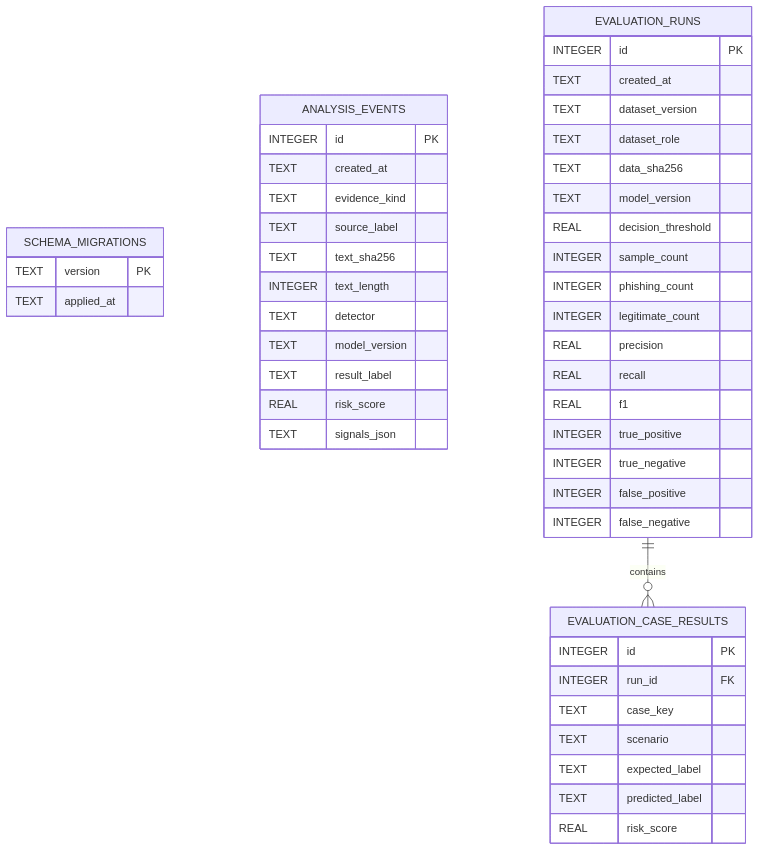
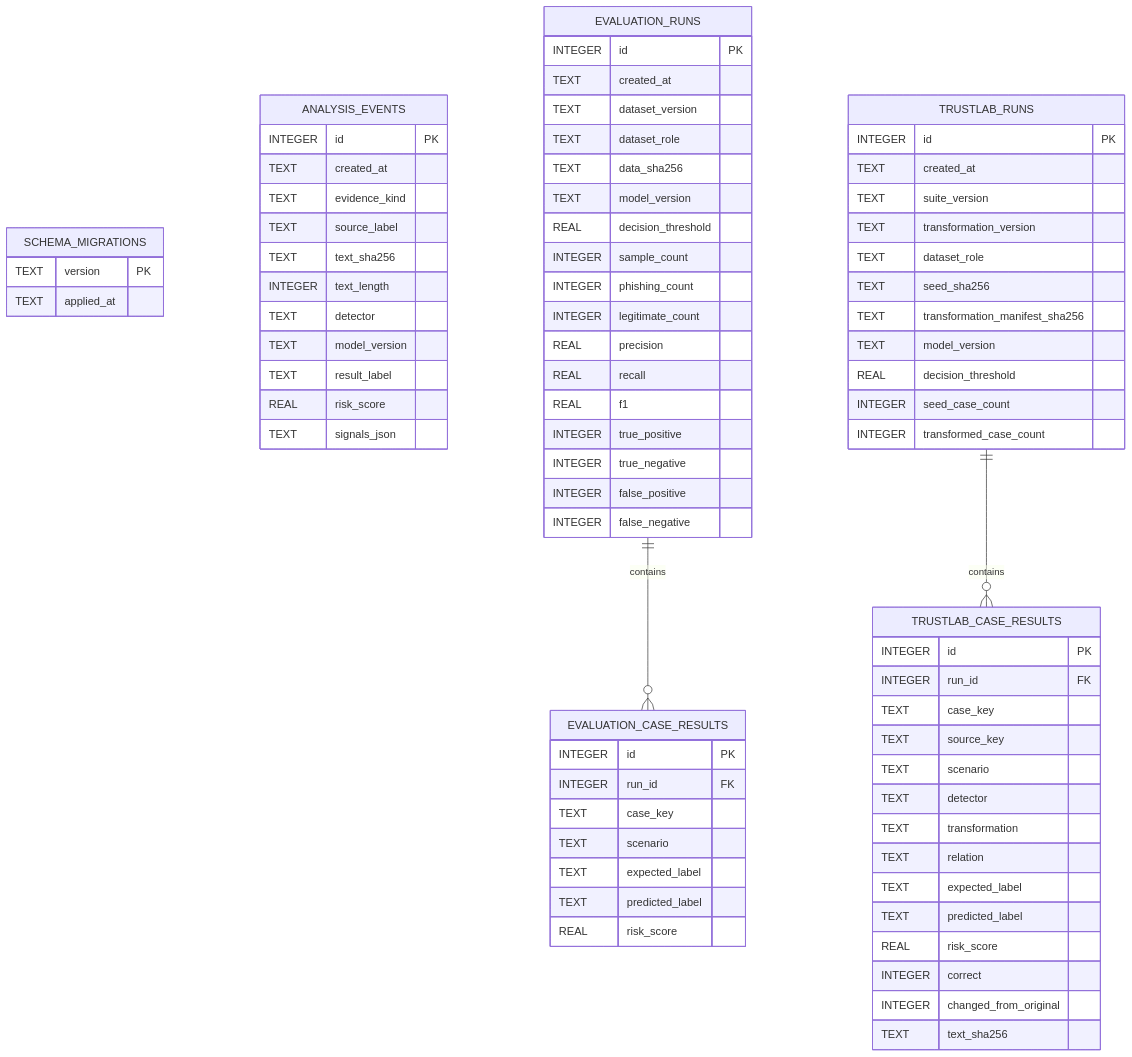
Before and after one commit to ositamichael/Production-project-final-year: the diagram in docs/data_model.md, drawn with Mermaid. The commit also changed other lines of this file and 13 other files, not shown here.

````diff
--- a/docs/data_model.md
+++ b/docs/data_model.md
@@ -59,5 +59,37 @@
         REAL risk_score
     }
 
+    TRUSTLAB_RUNS {
+        INTEGER id PK
+        TEXT created_at
+        TEXT suite_version
+        TEXT transformation_version
+        TEXT dataset_role
+        TEXT seed_sha256
+        TEXT transformation_manifest_sha256
+        TEXT model_version
+        REAL decision_threshold
+        INTEGER seed_case_count
+        INTEGER transformed_case_count
+    }
+
+    TRUSTLAB_CASE_RESULTS {
+        INTEGER id PK
+        INTEGER run_id FK
+        TEXT case_key
+        TEXT source_key
+        TEXT scenario
+        TEXT detector
+        TEXT transformation
+        TEXT relation
+        TEXT expected_label
+        TEXT predicted_label
+        REAL risk_score
+        INTEGER correct
+        INTEGER changed_from_original
+        TEXT text_sha256
+    }
+
     EVALUATION_RUNS ||--o{ EVALUATION_CASE_RESULTS : contains
+    TRUSTLAB_RUNS ||--o{ TRUSTLAB_CASE_RESULTS : contains
 ```
````
